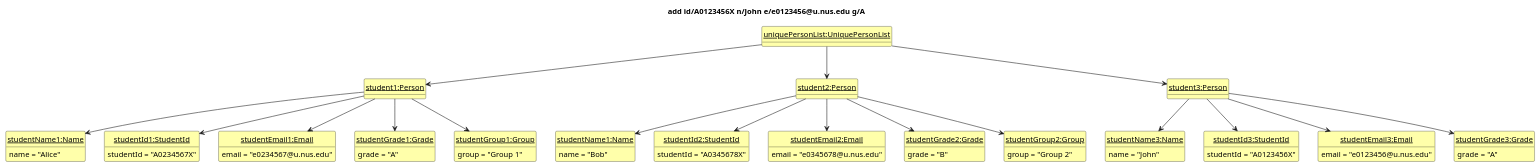
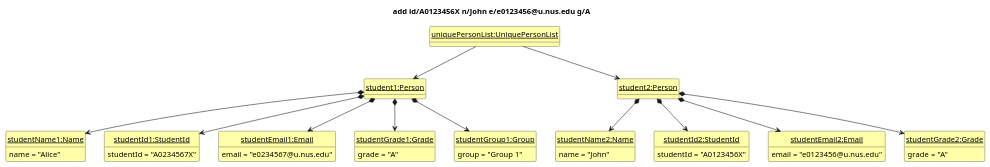
Before and after one commit to willowisp01/tp: the diagram in docs/diagrams/AddState2.puml, drawn with PlantUML. The commit also changed 31 other files, not shown here.

```diff
--- a/docs/diagrams/AddState2.puml
+++ b/docs/diagrams/AddState2.puml
@@ -1,78 +1,55 @@
 @startuml
 'https://plantuml.com/class-diagram
 
 hide circle
 hide methods
 skinparam ClassFontColor #000000
 skinparam ClassBorderColor #000000
 skinparam ClassBackgroundColor #FFFFAA
 
 title add id/A0123456X n/John e/e0123456@u.nus.edu g/A
 
 class uniquePersonList as "<u>uniquePersonList:UniquePersonList</u>"
 class student1 as "<u>student1:Person</u>" {}
 class student2 as "<u>student2:Person</u>" {}
-class student3 as "<u>student3:Person</u>" {}
 class studentName1 as "<u>studentName1:Name</u>" {
     name = "Alice"
 }
-class studentName2 as "<u>studentName1:Name</u>" {
-    name = "Bob"
-}
-class studentName3 as "<u>studentName3:Name</u>" {
+class studentName2 as "<u>studentName2:Name</u>" {
     name = "John"
 }
 class studentId1 as "<u>studentId1:StudentId</u>" {
     studentId = "A0234567X"
 }
 class studentId2 as "<u>studentId2:StudentId</u>" {
-    studentId = "A0345678X"
-}
-class studentId3 as "<u>studentId3:StudentId</u>" {
     studentId = "A0123456X"
 }
 class studentEmail1 as "<u>studentEmail1:Email</u>" {
     email = "e0234567@u.nus.edu"
 }
 class studentEmail2 as "<u>studentEmail2:Email</u>" {
-    email = "e0345678@u.nus.edu"
-}
-class studentEmail3 as "<u>studentEmail3:Email</u>" {
     email = "e0123456@u.nus.edu"
 }
 class studentGrade1 as "<u>studentGrade1:Grade</u>" {
     grade = "A"
 }
 class studentGrade2 as "<u>studentGrade2:Grade</u>" {
-    grade = "B"
-}
-class studentGrade3 as "<u>studentGrade3:Grade</u>" {
     grade = "A"
 }
 class studentGroup1 as "<u>studentGroup1:Group</u>" {
     group = "Group 1"
 }
-class studentGroup2 as "<u>studentGroup2:Group</u>" {
-    group = "Group 2"
-}
 student1 -[hidden]right-> student2
-student2 -[hidden]right-> student3
 
 uniquePersonList -down-> student1
 uniquePersonList -down-> student2
-uniquePersonList -down-> student3
-student1 -down-> studentName1
-student2 -down-> studentName2
-student3 -down-> studentName3
-student1 -down-> studentId1
-student2 -down-> studentId2
-student3 -down-> studentId3
-student1 -down-> studentEmail1
-student2 -down-> studentEmail2
-student3 -down-> studentEmail3
-student1 -down-> studentGrade1
-student2 -down-> studentGrade2
-student3 -down-> studentGrade3
-student1 -down-> studentGroup1
-student2 -down-> studentGroup2
+student1 *-down-> studentName1
+student2 *-down-> studentName2
+student1 *-down-> studentId1
+student2 *-down-> studentId2
+student1 *-down-> studentEmail1
+student2 *-down-> studentEmail2
+student1 *-down-> studentGrade1
+student2 *-down-> studentGrade2
+student1 *-down-> studentGroup1
 @enduml
```
